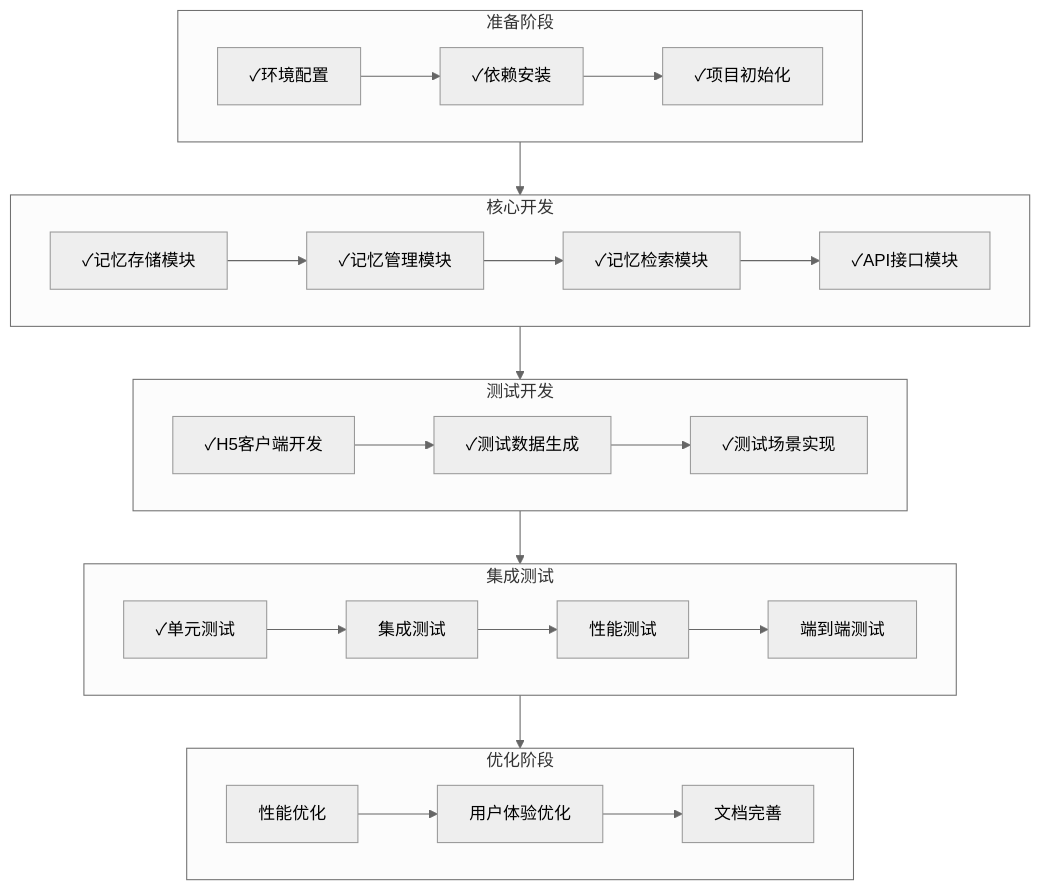
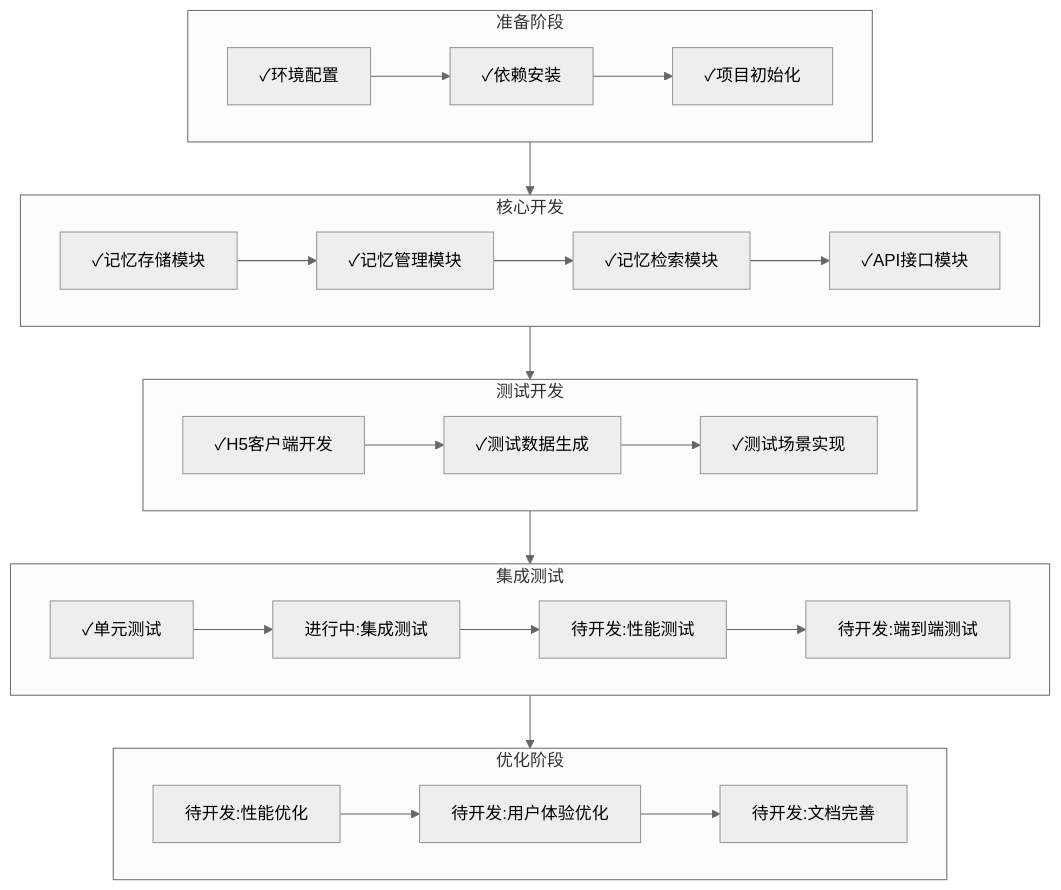
The first of 6 diagrams in docs/architecture/roadmap.md (fanqingsong/Agent_memory_system), drawn with Mermaid (neutral theme) before and after one commit. The commit also changed other lines of this file and 38 other files, not shown here.

````diff
--- a/docs/architecture/roadmap.md
+++ b/docs/architecture/roadmap.md
@@ -5,34 +5,34 @@
 ```mermaid
 graph TB
     subgraph Phase1[准备阶段]
         A1[✓环境配置] --> A2[✓依赖安装]
         A2 --> A3[✓项目初始化]
     end
 
     subgraph Phase2[核心开发]
         B1[✓记忆存储模块] --> B2[✓记忆管理模块]
         B2 --> B3[✓记忆检索模块]
         B3 --> B4[✓API接口模块]
     end
 
     subgraph Phase3[测试开发]
         C1[✓H5客户端开发] --> C2[✓测试数据生成]
         C2 --> C3[✓测试场景实现]
     end
 
     subgraph Phase4[集成测试]
-        D1[✓单元测试] --> D2[集成测试]
-        D2 --> D3[性能测试]
-        D3 --> D4[端到端测试]
+        D1[✓单元测试] --> D2[进行中:集成测试]
+        D2 --> D3[待开发:性能测试]
+        D3 --> D4[待开发:端到端测试]
     end
 
     subgraph Phase5[优化阶段]
-        E1[性能优化] --> E2[用户体验优化]
-        E2 --> E3[文档完善]
+        E1[待开发:性能优化] --> E2[待开发:用户体验优化]
+        E2 --> E3[待开发:文档完善]
     end
 
     Phase1 --> Phase2
     Phase2 --> Phase3
     Phase3 --> Phase4
     Phase4 --> Phase5
 ```
````
